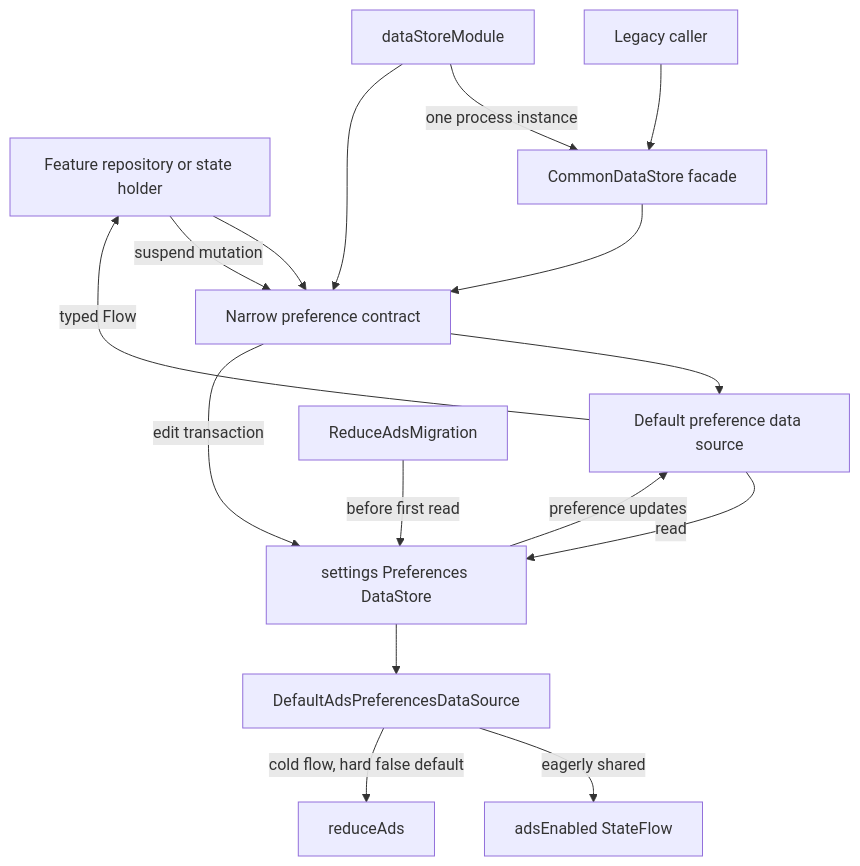
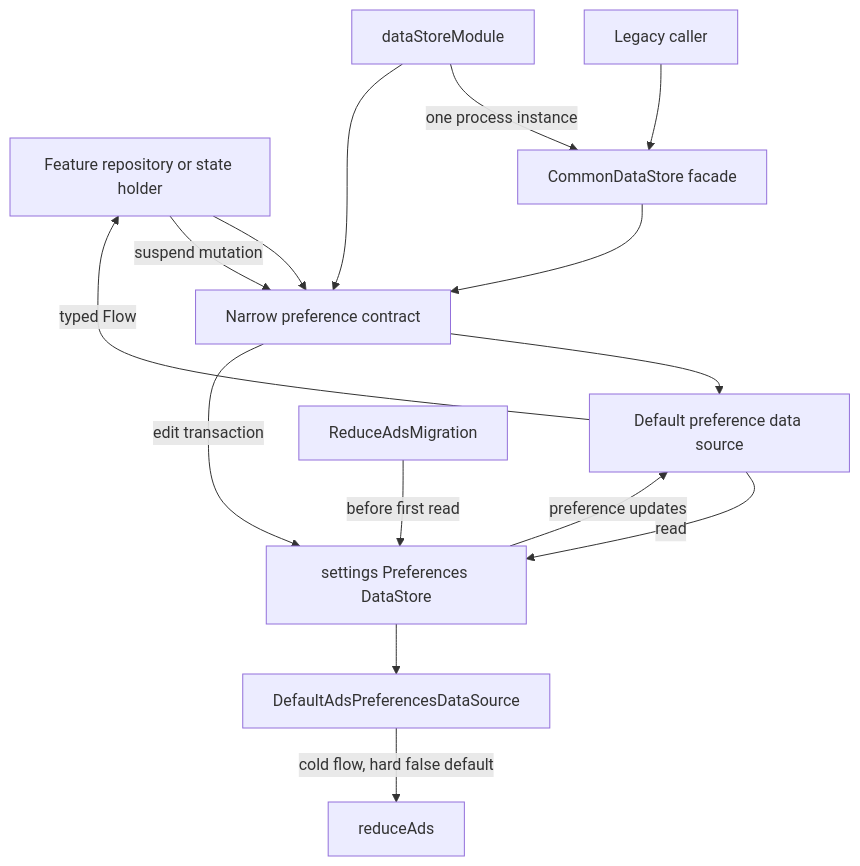
The diagram in library/core/datastore/README.md (MihaiCristianCondrea/App-Toolkit-for-Android), drawn with Mermaid before and after one commit. The commit also changed other lines of this file and 38 other files, not shown here.

First line of the commit message:
Remove the ads-enabled preference; native ads always render

````diff
--- a/library/core/datastore/README.md
+++ b/library/core/datastore/README.md
@@ -42,18 +42,17 @@
 ```mermaid
 flowchart TD
     Caller[Feature repository or state holder] --> Narrow["Narrow preference contract"]
     Legacy[Legacy caller] --> Facade[CommonDataStore facade]
     Facade --> Narrow
     Narrow --> Source[Default preference data source]
     Source -->|read| Store["settings Preferences DataStore"]
     Caller -->|suspend mutation| Narrow
     Narrow -->|edit transaction| Store
     Store -->|preference updates| Source
     Source -->|typed Flow| Caller
-    Ads[DefaultAdsPreferencesDataSource] -->|eagerly shared| AdsState[adsEnabled StateFlow]
-    Ads -->|cold flow, hard false default| Reduce[reduceAds]
+    Ads[DefaultAdsPreferencesDataSource] -->|cold flow, hard false default| Reduce[reduceAds]
     Migrations[ReduceAdsMigration] -->|before first read| Store
     Store --> Ads
     Module[dataStoreModule] -->|one process instance| Facade
     Module --> Narrow
 ```
````
